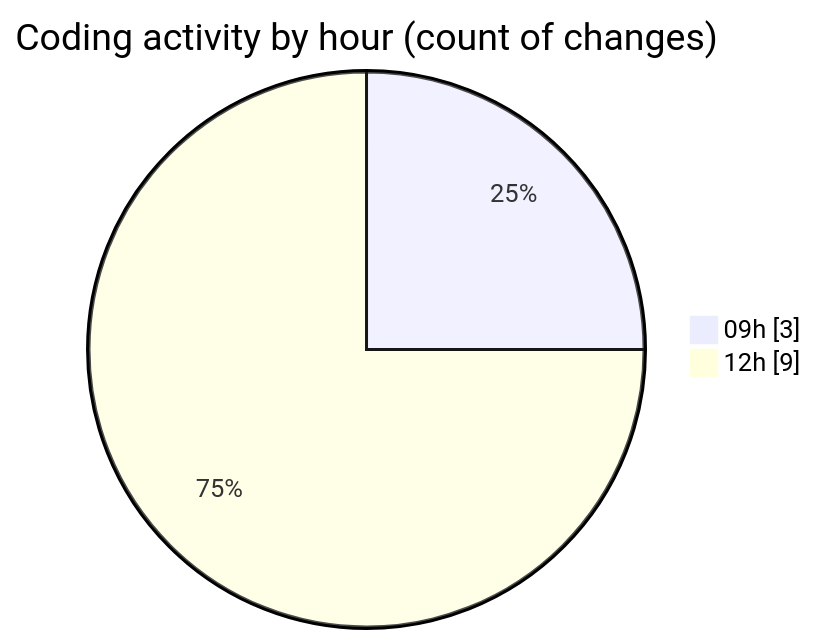
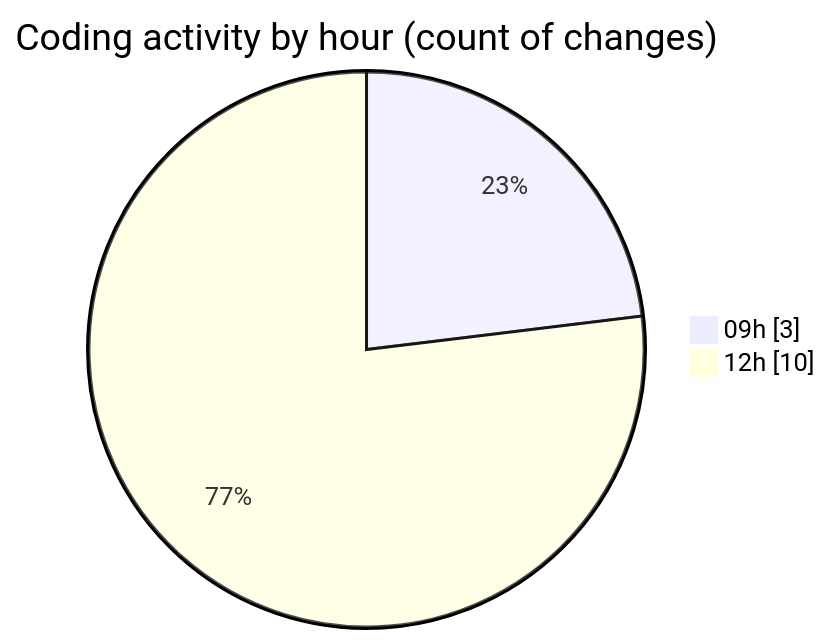
The second of 2 diagrams in 2025-06-02/cda/README.md (momahboobian/code-tracking), drawn with Mermaid before and after one commit. The commit also changed other lines of this file and 1 other file, not shown here.

````diff
--- a/2025-06-02/cda/README.md
+++ b/2025-06-02/cda/README.md
@@ -34,6 +36,6 @@
 ```mermaid
 pie showData
 title Coding activity by hour (count of changes)
 "09h" : 3
-"12h" : 9
+"12h" : 10
 ```
````
